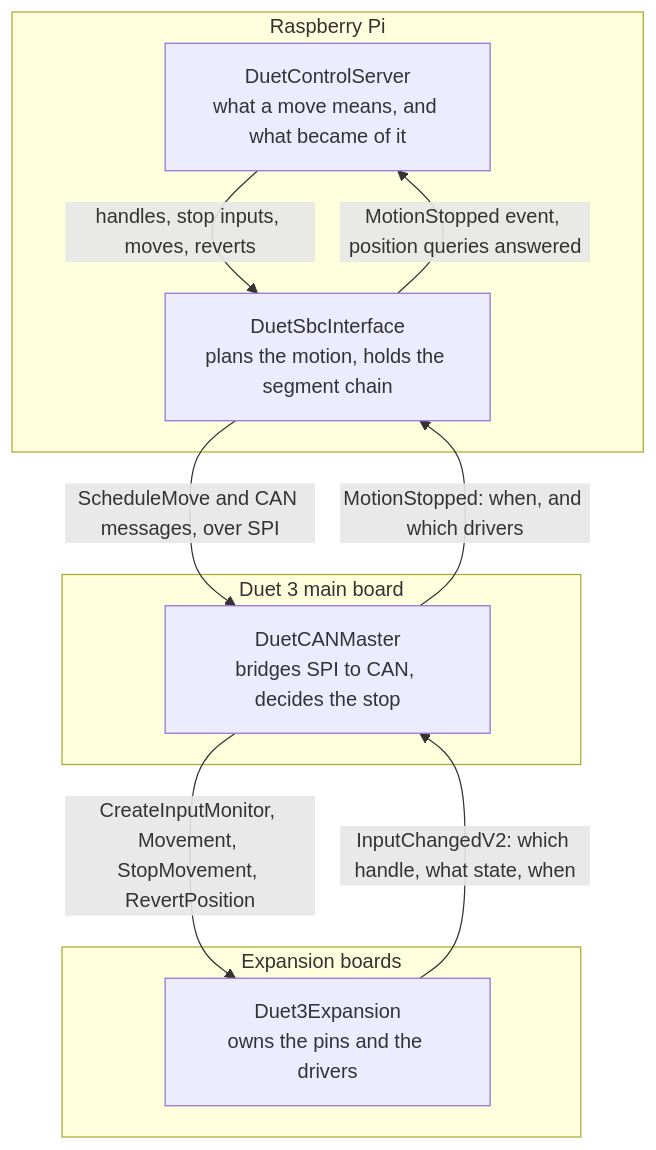
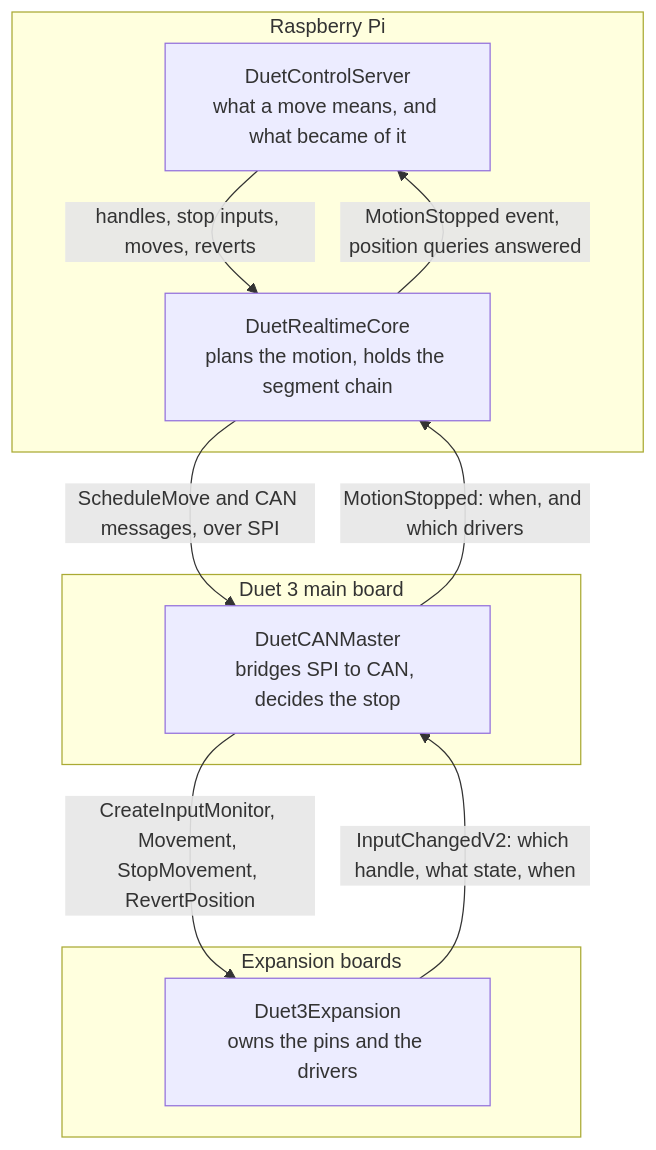
One commit to Duet3D/DuetSoftwareFramework changed the first of 5 diagrams in src/Documentation/articles/endstops.md. Above: the diagram before and after it, drawn with Mermaid. The commit also changed other lines of this file and 154 other files, not shown here.

First line of the commit message:
refactor: rename DuetSbcInterface to DuetRealtimeCore

````diff
--- a/src/Documentation/articles/endstops.md
+++ b/src/Documentation/articles/endstops.md
@@ -31,20 +31,20 @@
 ```mermaid
 flowchart TB
     subgraph Pi["Raspberry Pi"]
         DCS["DuetControlServer<br/>what a move means, and what became of it"]
-        SBCI["DuetSbcInterface<br/>plans the motion, holds the segment chain"]
+        SBCI["DuetRealtimeCore<br/>plans the motion, holds the segment chain"]
     end
     subgraph Main["Duet 3 main board"]
         CM["DuetCANMaster<br/>bridges SPI to CAN, decides the stop"]
     end
     subgraph Boards["Expansion boards"]
         EXP["Duet3Expansion<br/>owns the pins and the drivers"]
     end
 
     DCS -- "handles, stop inputs, moves, reverts" --> SBCI
     SBCI -- "ScheduleMove and CAN messages, over SPI" --> CM
     CM -- "CreateInputMonitor, Movement, StopMovement, RevertPosition" --> EXP
     EXP -- "InputChangedV2: which handle, what state, when" --> CM
     CM -- "MotionStopped: when, and which drivers" --> SBCI
     SBCI -- "MotionStopped event, position queries answered" --> DCS
 ```
````
